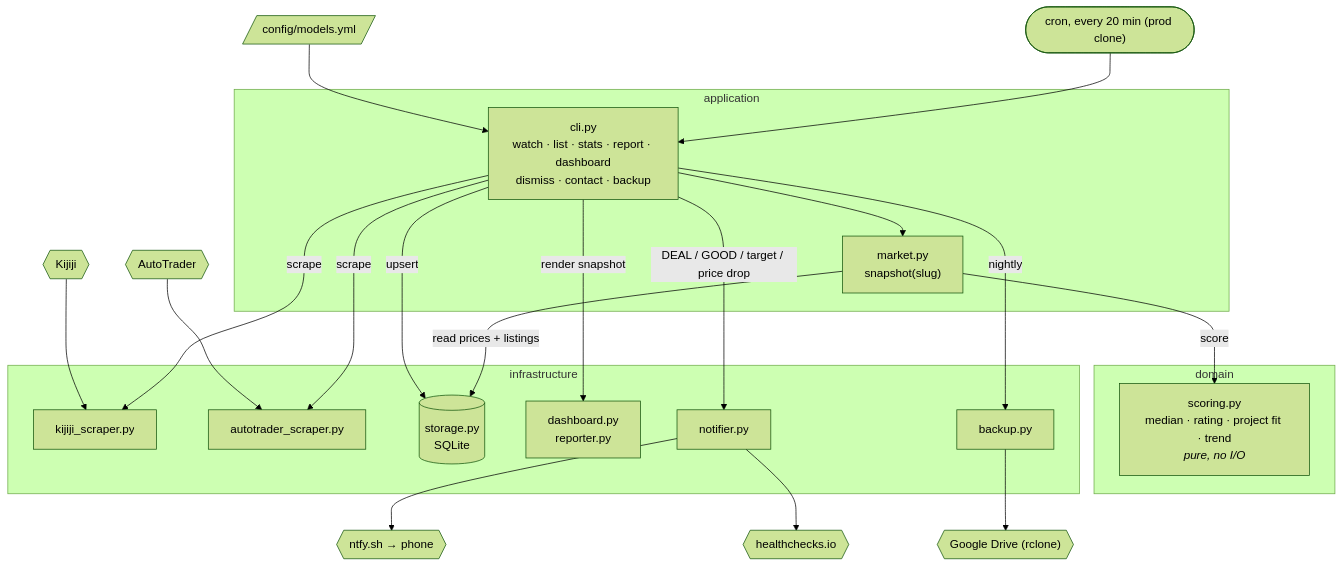
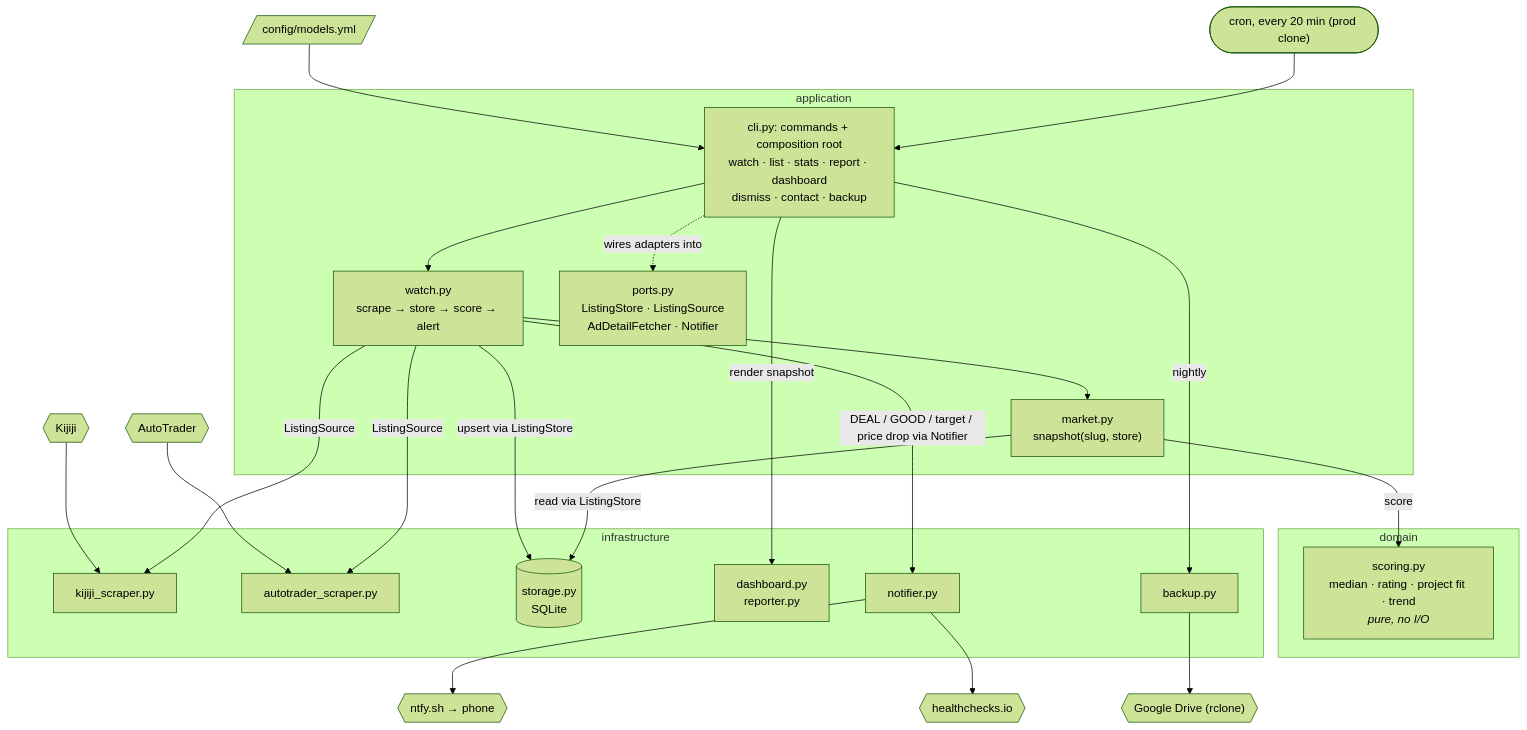
The diagram in README.md (adamkwhite/dirtbike-tracker), drawn with Mermaid (forest theme) before and after one commit. The commit also changed 21 other files, not shown here.

First line of the commit message:
refactor: ports and a composition root for the application layer (#74) (#87)

````diff
--- a/README.md
+++ b/README.md
@@ -10,38 +10,41 @@
 ```mermaid
 flowchart TB
     cron(["cron, every 20 min (prod clone)"]) --> cli
     config[/"config/models.yml"/] --> cli
 
     subgraph application
-        cli["cli.py<br/>watch · list · stats · report · dashboard<br/>dismiss · contact · backup"]
-        market["market.py<br/>snapshot(slug)"]
-        cli --> market
+        cli["cli.py: commands + composition root<br/>watch · list · stats · report · dashboard<br/>dismiss · contact · backup"]
+        watch["watch.py<br/>scrape → store → score → alert"]
+        market["market.py<br/>snapshot(slug, store)"]
+        ports["ports.py<br/>ListingStore · ListingSource<br/>AdDetailFetcher · Notifier"]
+        cli --> watch --> market
+        cli -.->|wires adapters into| ports
     end
 
     subgraph domain
         scoring["scoring.py<br/>median · rating · project fit · trend<br/><i>pure, no I/O</i>"]
     end
 
     subgraph infrastructure
         kij["kijiji_scraper.py"]
         at["autotrader_scraper.py"]
         storage[("storage.py<br/>SQLite")]
         render["dashboard.py<br/>reporter.py"]
         notifier["notifier.py"]
         backup["backup.py"]
     end
 
     market -->|score| scoring
-    market -->|read prices + listings| storage
-    cli -->|scrape| kij & at
-    cli -->|upsert| storage
+    market -->|read via ListingStore| storage
+    watch -->|ListingSource| kij & at
+    watch -->|upsert via ListingStore| storage
     cli -->|render snapshot| render
-    cli -->|DEAL / GOOD / target / price drop| notifier
+    watch -->|DEAL / GOOD / target / price drop via Notifier| notifier
 
     kijiji{{Kijiji}} --> kij
     autotrader{{AutoTrader}} --> at
     notifier --> ntfy{{"ntfy.sh → phone"}}
     notifier --> hc{{healthchecks.io}}
     cli -->|nightly| backup
     backup --> drive{{"Google Drive (rclone)"}}
 ```
````
